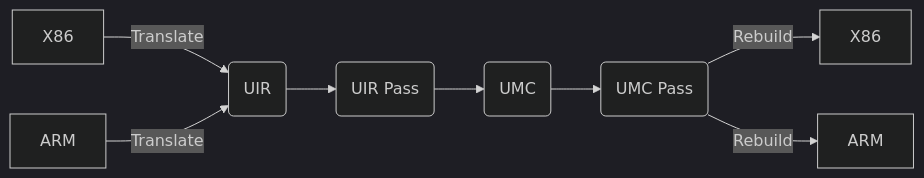
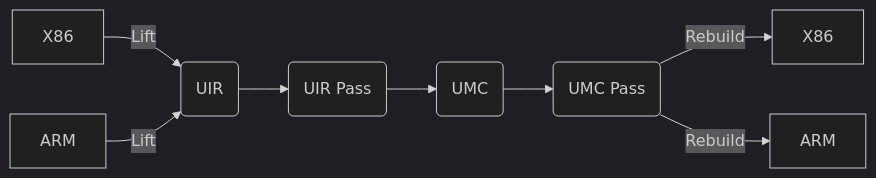
The diagram in README.md (NewWorldComingSoon/UnknownRebuilder), drawn with Mermaid (dark theme) before and after one commit.

````diff
--- a/README.md
+++ b/README.md
@@ -8,10 +8,10 @@
 ```mermaid
 flowchart LR
-A1[X86] -->|Translate| B(UIR)
-A2[ARM] -->|Translate| B(UIR)
+A1[X86] -->|Lift| B(UIR)
+A2[ARM] -->|Lift| B(UIR)
 B -->C(UIR Pass)
 C -->D(UMC)
 D -->E(UMC Pass)
 E -->|Rebuild| F1[X86]
 E -->|Rebuild| F2[ARM]
 ```
````
